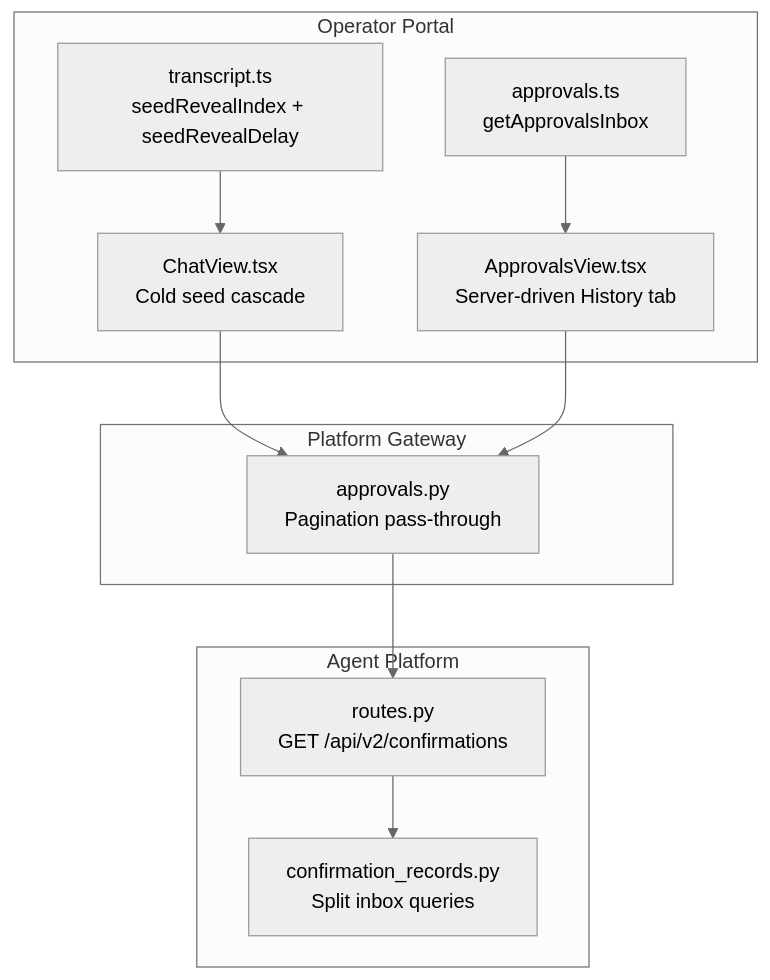
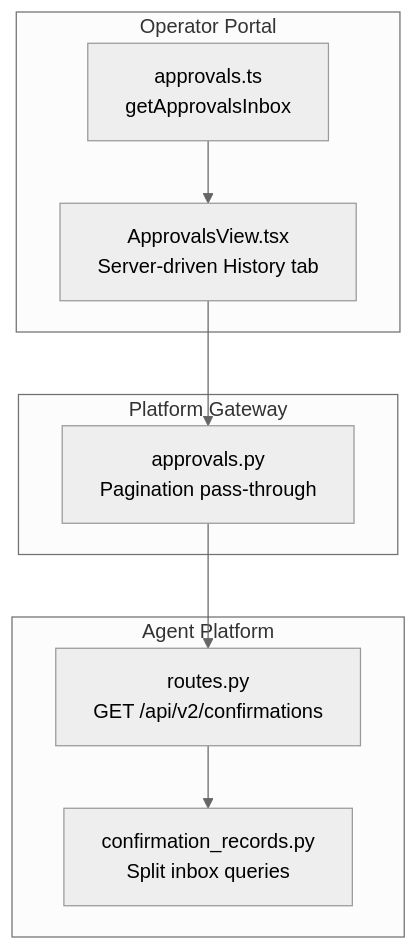
The first of 6 diagrams in .qoder/repowiki/en/content/Architecture Documentation/SPEC-036_ Server Inbox Pagination and Seeded Transcript Reveal.md (metasync/luban-aiops), drawn with Mermaid (neutral theme) before and after one commit. The commit also changed other lines of this file and 3 other files, not shown here.

````diff
--- a/.qoder/repowiki/en/content/Architecture Documentation/SPEC-036_ Server Inbox Pagination and Seeded Transcript Reveal.md
+++ b/.qoder/repowiki/en/content/Architecture Documentation/SPEC-036_ Server Inbox Pagination and Seeded Transcript Reveal.md
@@ -57,22 +59,18 @@
 ```mermaid
 graph TB
 subgraph "Operator Portal"
-P_Transcript["transcript.ts<br/>seedRevealIndex + seedRevealDelay"]
-P_ChatView["ChatView.tsx<br/>Cold seed cascade"]
 P_ApprovalsAPI["approvals.ts<br/>getApprovalsInbox"]
 P_ApprovalsView["ApprovalsView.tsx<br/>Server-driven History tab"]
 end
 subgraph "Agent Platform"
 A_Store["confirmation_records.py<br/>Split inbox queries"]
 A_Routes["routes.py<br/>GET /api/v2/confirmations"]
 end
 subgraph "Platform Gateway"
 G_Approvals["approvals.py<br/>Pagination pass-through"]
 end
-P_Transcript --> P_ChatView
-P_ChatView --> G_Approvals
 P_ApprovalsAPI --> P_ApprovalsView
 P_ApprovalsView --> G_Approvals
 G_Approvals --> A_Routes
 A_Routes --> A_Store
 ```
````
